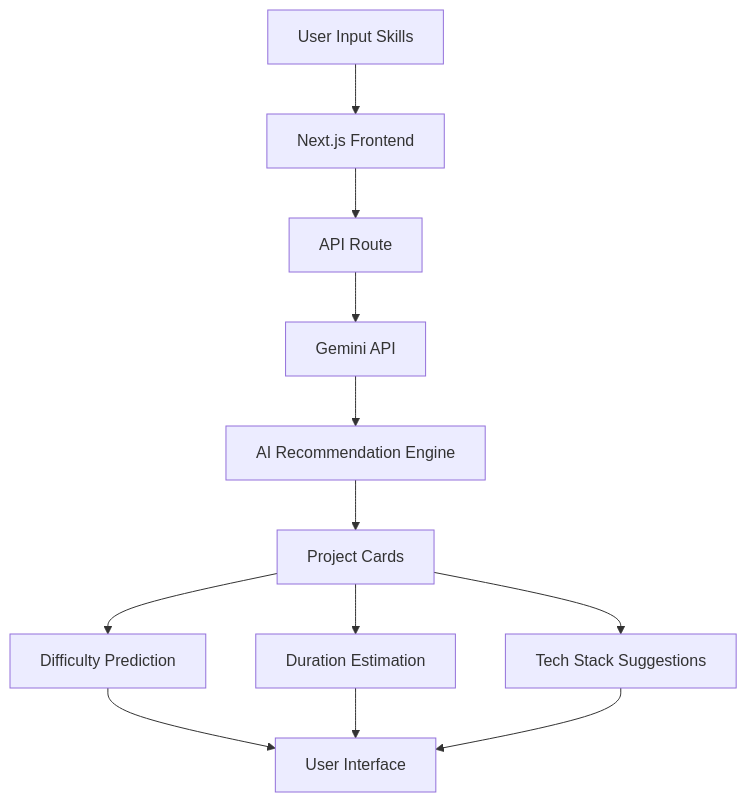
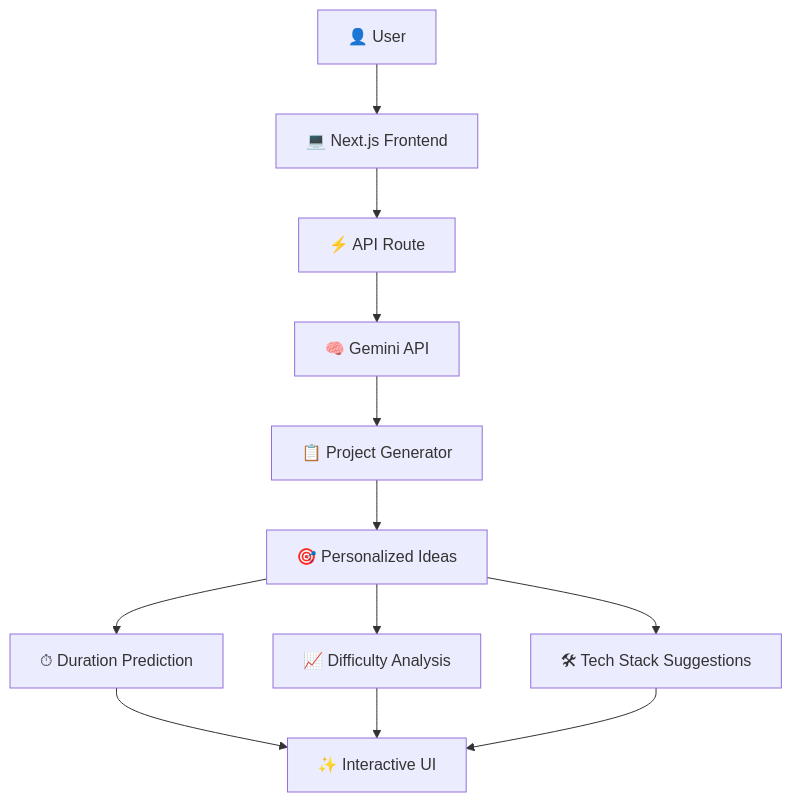
Before and after one commit to chethuchethana2006-ops/projectpilot-ai: the diagram in README.md, drawn with Mermaid. The commit also changed other lines of this file, not shown here.

Commit message:
Update project architecture diagram in README

````diff
--- a/README.md
+++ b/README.md
@@ -17,25 +17,27 @@
 ```mermaid
 flowchart TD
 
-A[User Input Skills] --> B[Next.js Frontend]
+A[👤 User]
 
-B --> C[API Route]
+A --> B[💻 Next.js Frontend]
 
-C --> D[Gemini API]
+B --> C[⚡ API Route]
 
-D --> E[AI Recommendation Engine]
+C --> D[🧠 Gemini API]
 
-E --> F[Project Cards]
+D --> E[📋 Project Generator]
 
-F --> G[Difficulty Prediction]
+E --> F[🎯 Personalized Ideas]
 
-F --> H[Duration Estimation]
+F --> G[⏱ Duration Prediction]
 
-F --> I[Tech Stack Suggestions]
+F --> H[📈 Difficulty Analysis]
 
-G --> J[User Interface]
+F --> I[🛠 Tech Stack Suggestions]
+
+G --> J[✨ Interactive UI]
 
 H --> J
 
 I --> J
 ```
````
